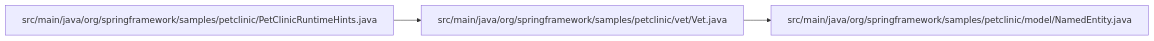
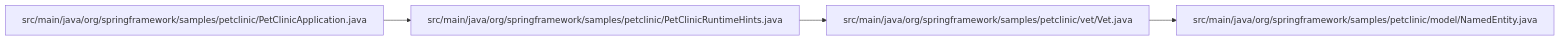
One commit to mohdzain98/gnost changed the first of 3 diagrams in docs/gallery/spring-petclinic/flow/entry-paths.md. Above: the diagram before and after it, drawn with Mermaid. The commit also changed other lines of this file and 38 other files, not shown here.

````diff
--- a/docs/gallery/spring-petclinic/flow/entry-paths.md
+++ b/docs/gallery/spring-petclinic/flow/entry-paths.md
@@ -7,8 +7,10 @@
 ```mermaid
 flowchart LR
+  src_main_java_org_springframework_samples_petclinic_PetClinicApplication_java["src/main/java/org/springframework/samples/petclinic/PetClinicApplication.java"]
   src_main_java_org_springframework_samples_petclinic_PetClinicRuntimeHints_java["src/main/java/org/springframework/samples/petclinic/PetClinicRuntimeHints.java"]
   src_main_java_org_springframework_samples_petclinic_model_NamedEntity_java["src/main/java/org/springframework/samples/petclinic/model/NamedEntity.java"]
   src_main_java_org_springframework_samples_petclinic_vet_Vet_java["src/main/java/org/springframework/samples/petclinic/vet/Vet.java"]
+  src_main_java_org_springframework_samples_petclinic_PetClinicApplication_java --> src_main_java_org_springframework_samples_petclinic_PetClinicRuntimeHints_java
   src_main_java_org_springframework_samples_petclinic_PetClinicRuntimeHints_java --> src_main_java_org_springframework_samples_petclinic_vet_Vet_java
   src_main_java_org_springframework_samples_petclinic_vet_Vet_java --> src_main_java_org_springframework_samples_petclinic_model_NamedEntity_java
 ```
````
